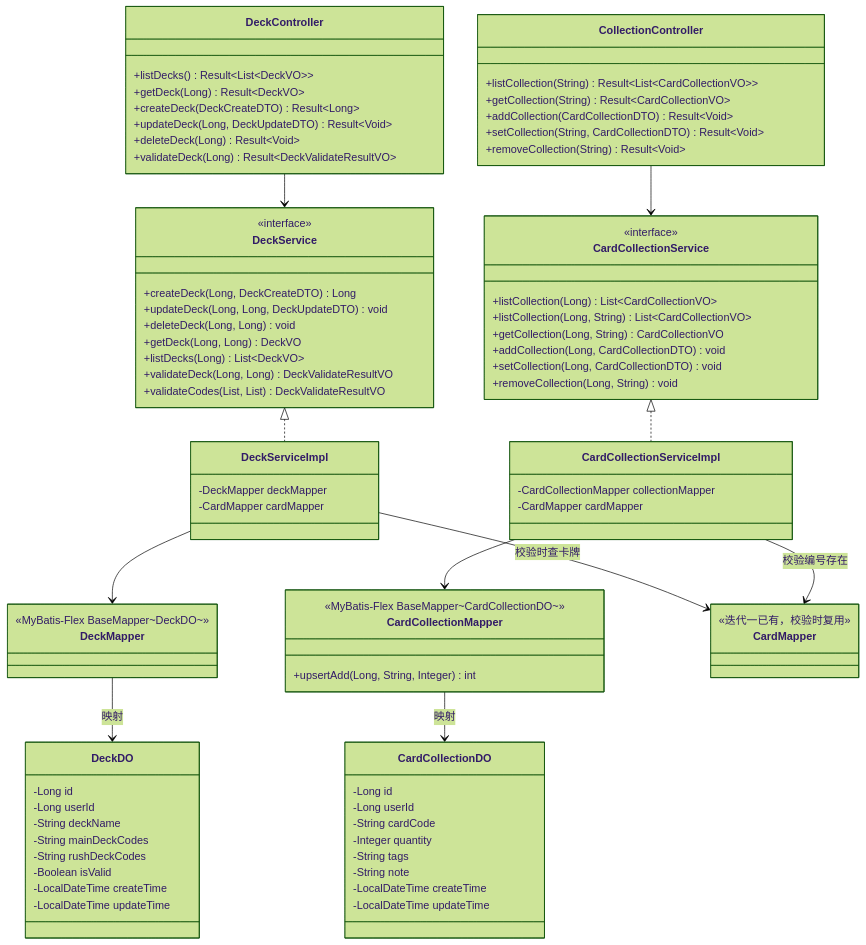
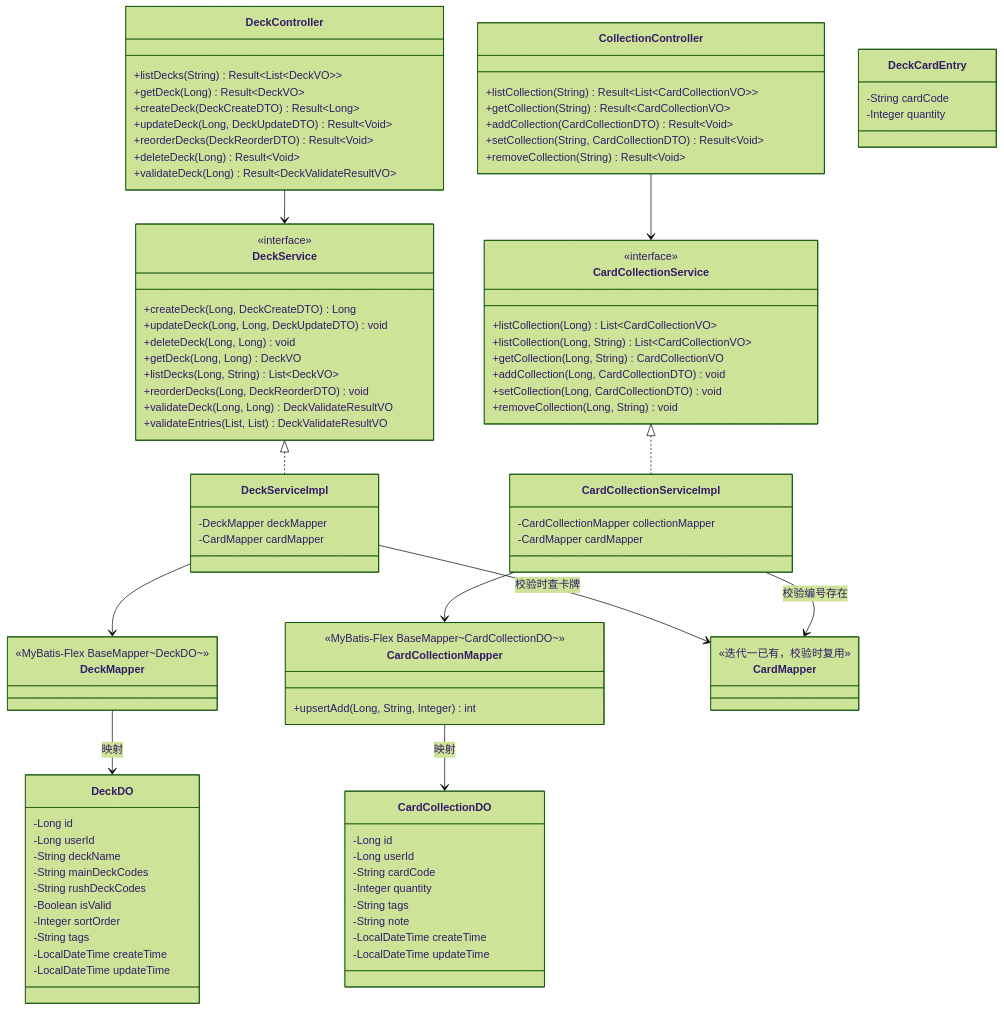
One commit to yuJunOk/mtcg changed the second of 2 diagrams in docs/设计文档/05-详细设计-迭代三-卡组构筑与卡牌收藏.md. Above: the diagram before and after it, drawn with Mermaid (forest theme). The commit also changed other lines of this file and 2 other files, not shown here.

````diff
--- a/docs/设计文档/05-详细设计-迭代三-卡组构筑与卡牌收藏.md
+++ b/docs/设计文档/05-详细设计-迭代三-卡组构筑与卡牌收藏.md
@@ -520,10 +628,11 @@
 ```mermaid
 classDiagram
     class DeckController {
-        +listDecks() Result~List~DeckVO~~
+        +listDecks(String) Result~List~DeckVO~~
         +getDeck(Long) Result~DeckVO~
         +createDeck(DeckCreateDTO) Result~Long~
         +updateDeck(Long, DeckUpdateDTO) Result~Void~
+        +reorderDecks(DeckReorderDTO) Result~Void~
         +deleteDeck(Long) Result~Void~
         +validateDeck(Long) Result~DeckValidateResultVO~
     }
@@ -542,9 +651,10 @@
         +updateDeck(Long, Long, DeckUpdateDTO) void
         +deleteDeck(Long, Long) void
         +getDeck(Long, Long) DeckVO
-        +listDecks(Long) List~DeckVO~
+        +listDecks(Long, String) List~DeckVO~
+        +reorderDecks(Long, DeckReorderDTO) void
         +validateDeck(Long, Long) DeckValidateResultVO
-        +validateCodes(List, List) DeckValidateResultVO
+        +validateEntries(List, List) DeckValidateResultVO
     }
 
     class CardCollectionService {
@@ -583,8 +693,15 @@
         -String mainDeckCodes
         -String rushDeckCodes
         -Boolean isValid
+        -Integer sortOrder
+        -String tags
         -LocalDateTime createTime
         -LocalDateTime updateTime
+    }
+
+    class DeckCardEntry {
+        -String cardCode
+        -Integer quantity
     }
 
     class CardCollectionDO {
````
